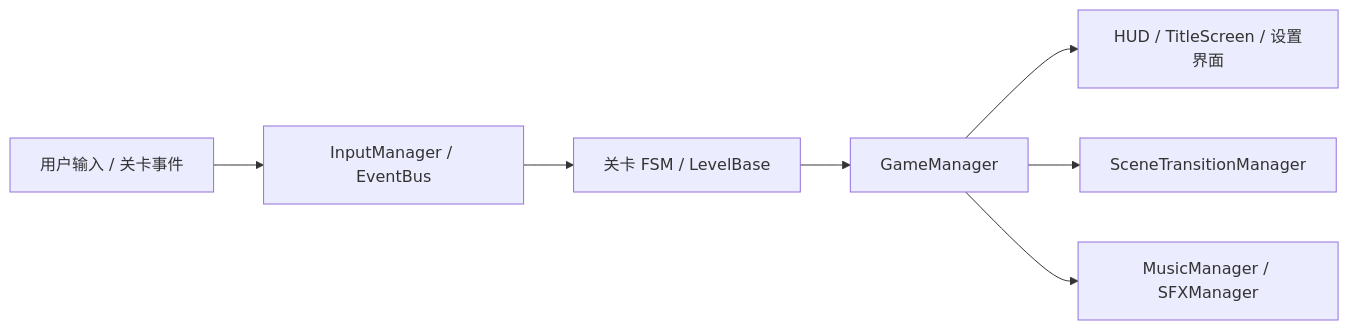
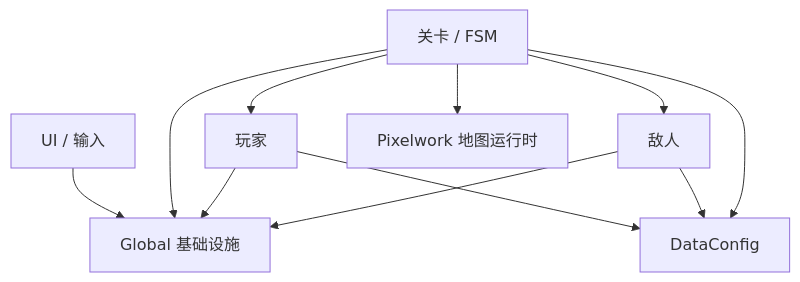
The first of 6 diagrams in TECHNICAL_ARCHITECTURE_REPORT.md (aaaarthur666-design/copyWorms), drawn with Mermaid before and after one commit. The commit also changed other lines of this file and 3 other files, not shown here.

````diff
--- a/TECHNICAL_ARCHITECTURE_REPORT.md
+++ b/TECHNICAL_ARCHITECTURE_REPORT.md
@@ -44,9 +46,13 @@
 ```mermaid
-flowchart LR
-    In[用户输入 / 关卡事件] --> IM[InputManager / EventBus]
-    IM --> LG[关卡 FSM / LevelBase]
-    LG --> GM[GameManager]
-    GM --> UI[HUD / TitleScreen / 设置界面]
-    GM --> TR[SceneTransitionManager]
-    GM --> AU[MusicManager / SFXManager]
+flowchart TD
+    UI[UI / 输入] --> INFRA[Global 基础设施]
+    LEVEL[关卡 / FSM] --> INFRA
+    PLAYER[玩家] --> INFRA
+    ENEMY[敌人] --> INFRA
+    LEVEL --> PLAYER
+    LEVEL --> ENEMY
+    PLAYER --> CONFIG[DataConfig]
+    ENEMY --> CONFIG
+    LEVEL --> CONFIG
+    LEVEL --> MAP[Pixelwork 地图运行时]
 ```
````
